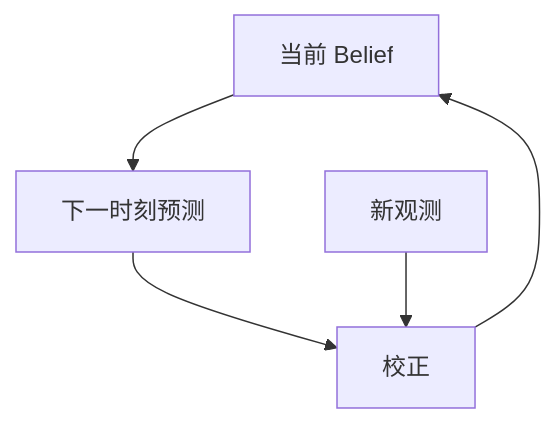
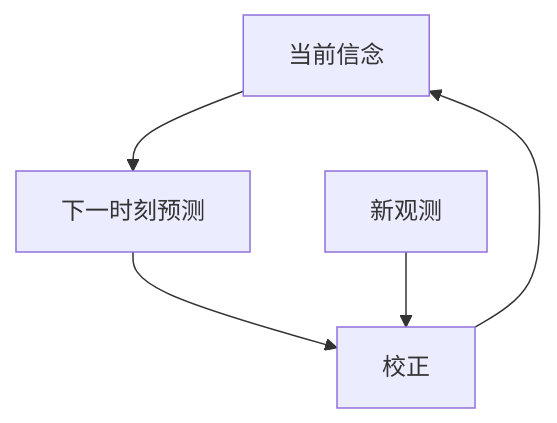
The second of 2 diagrams in docs/slam/foundations/state-and-time.md (hyandnn/my-learning-notes), drawn with Mermaid before and after one commit. The commit also changed other lines of this file and 1 other file, not shown here.

Commit message:
docs: record GitBook layout checks and simplify Mermaid labels

````diff
--- a/docs/slam/foundations/state-and-time.md
+++ b/docs/slam/foundations/state-and-time.md
@@ -176,7 +176,7 @@
 ```mermaid
 flowchart TD
-    B["当前 Belief"] --> P["下一时刻预测"]
+    B["当前信念"] --> P["下一时刻预测"]
     P --> C["校正"]
     O["新观测"] --> C
     C --> B
 ```
````
